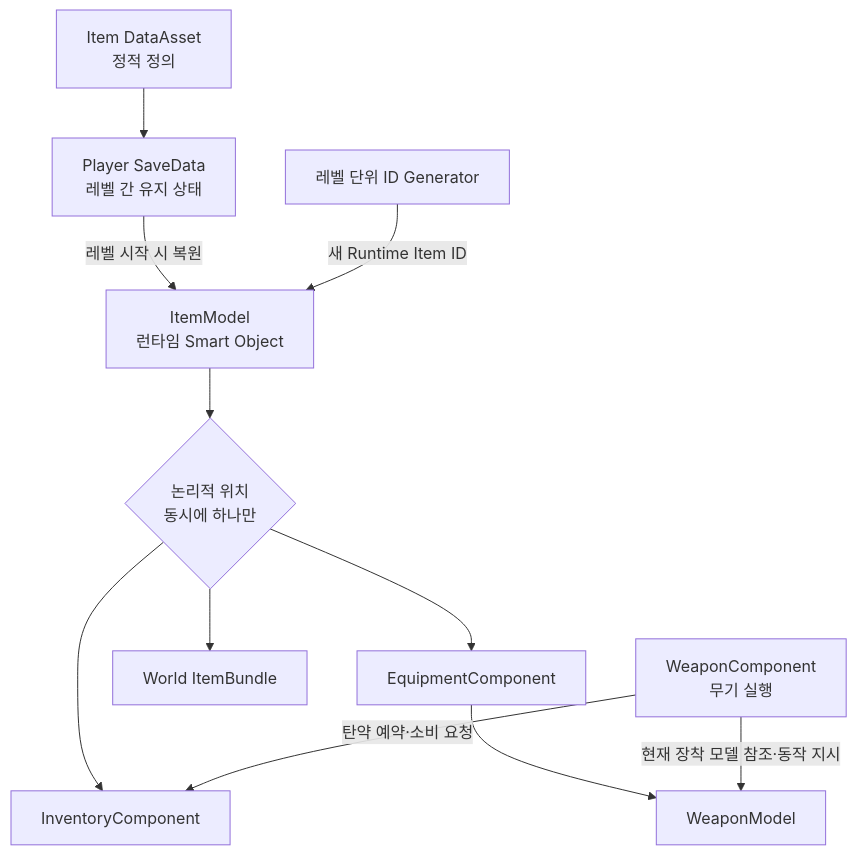
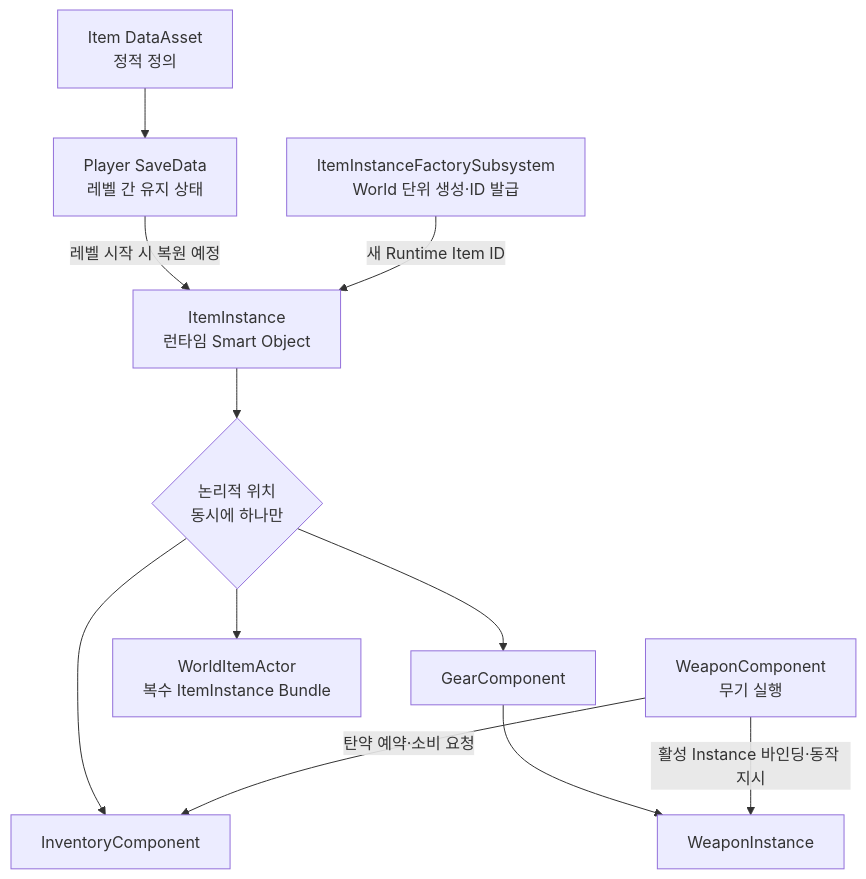
One commit to liang2papa/Astra_Docs changed the first of 3 diagrams in Wiki/03_시스템 설계/장비와 인벤토리.md. Above: the diagram before and after it, drawn with Mermaid. The commit also changed other lines of this file and 11 other files, not shown here.

````diff
--- a/Wiki/03_시스템 설계/장비와 인벤토리.md
+++ b/Wiki/03_시스템 설계/장비와 인벤토리.md
@@ -5,13 +5,13 @@
 ```mermaid
 flowchart TD
     Definition["Item DataAsset<br/>정적 정의"] --> Save["Player SaveData<br/>레벨 간 유지 상태"]
-    Save -->|레벨 시작 시 복원| Model["ItemModel<br/>런타임 Smart Object"]
-    Generator["레벨 단위 ID Generator"] -->|새 Runtime Item ID| Model
+    Save -->|레벨 시작 시 복원 예정| Model["ItemInstance<br/>런타임 Smart Object"]
+    Generator["ItemInstanceFactorySubsystem<br/>World 단위 생성·ID 발급"] -->|새 Runtime Item ID| Model
     Model --> Location{"논리적 위치<br/>동시에 하나만"}
     Location --> Inventory["InventoryComponent"]
-    Location --> Equipment["EquipmentComponent"]
-    Location --> Bundle["World ItemBundle"]
-    Equipment --> WeaponModel["WeaponModel"]
-    WeaponComponent["WeaponComponent<br/>무기 실행"] -->|현재 장착 모델 참조·동작 지시| WeaponModel
+    Location --> Equipment["GearComponent"]
+    Location --> Bundle["WorldItemActor<br/>복수 ItemInstance Bundle"]
+    Equipment --> WeaponInstance["WeaponInstance"]
+    WeaponComponent["WeaponComponent<br/>무기 실행"] -->|활성 Instance 바인딩·동작 지시| WeaponInstance
     WeaponComponent -->|탄약 예약·소비 요청| Inventory
 ```
````
